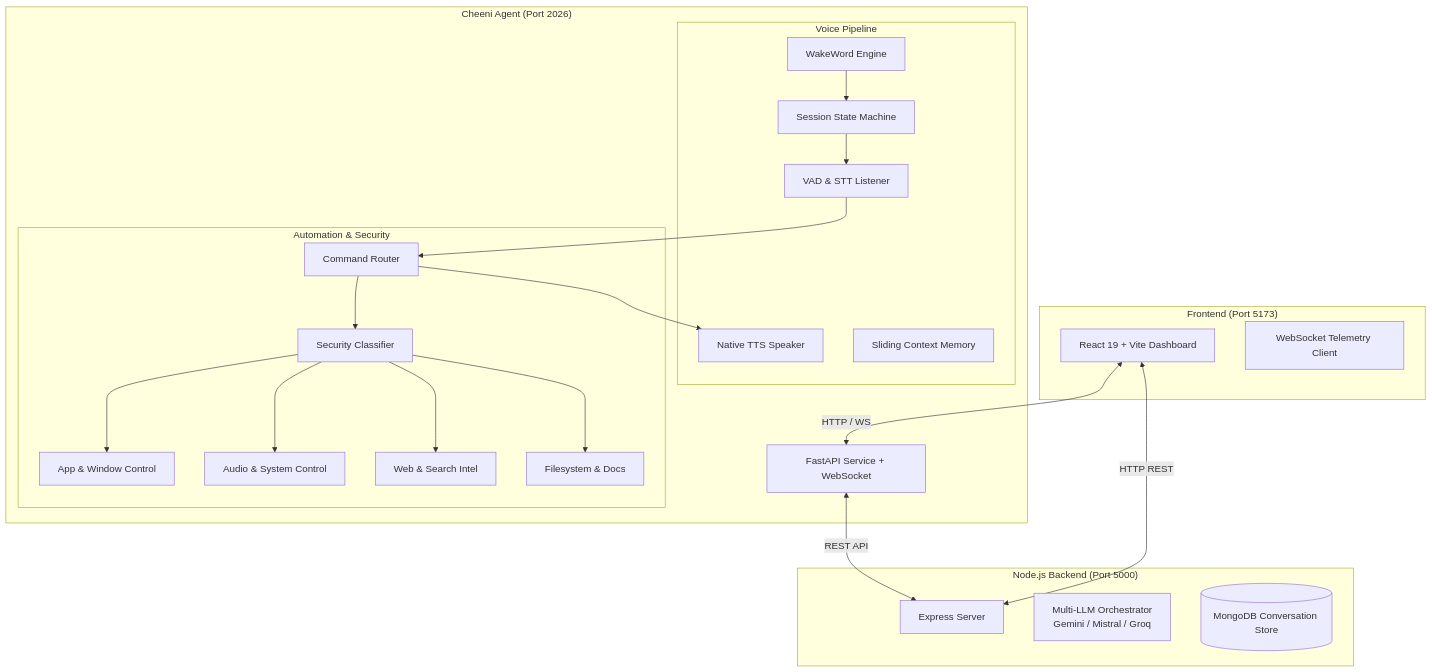
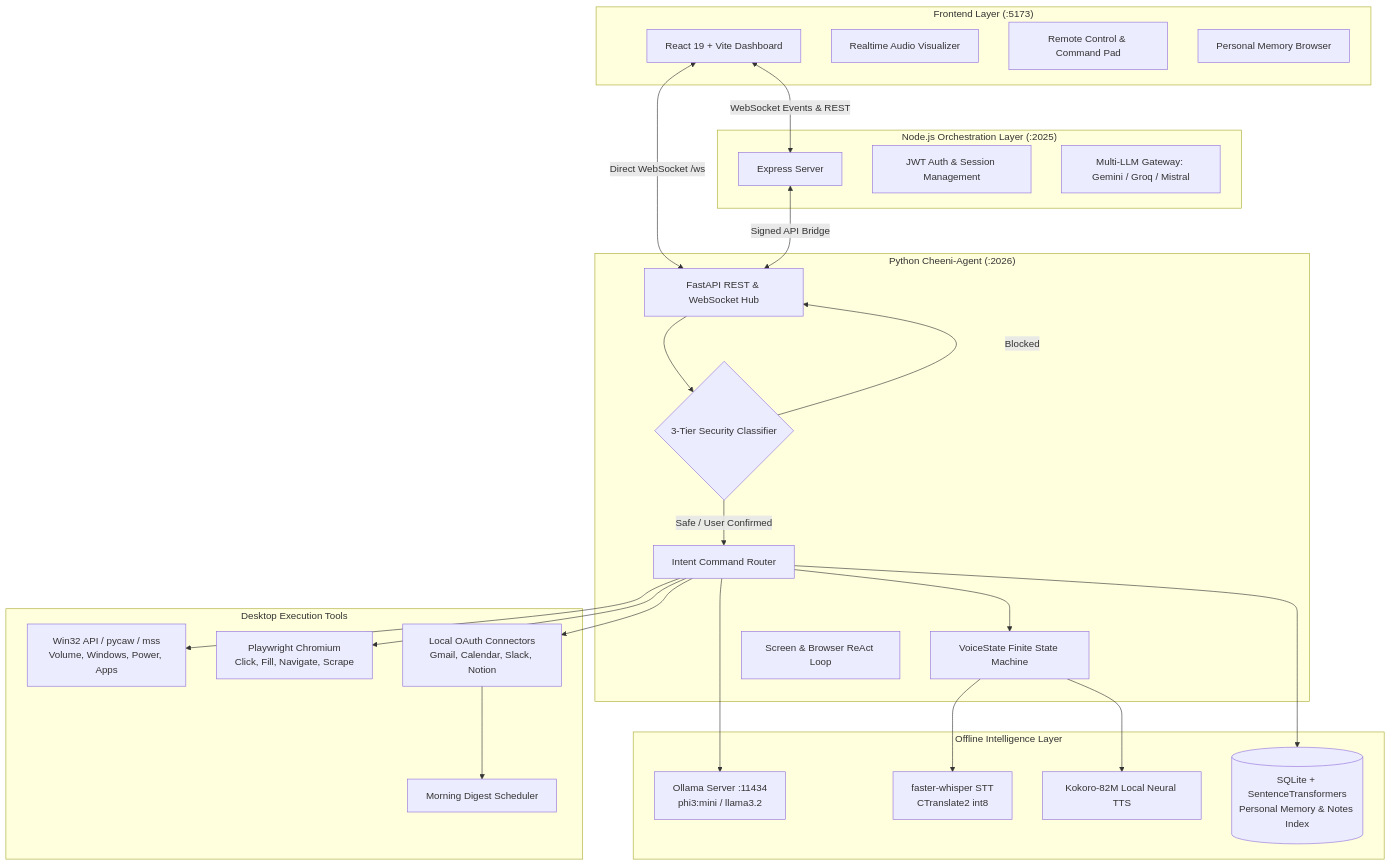
Before and after one commit to wraith-klu/Cheeni: the first of 3 diagrams in README.md, drawn with Mermaid. The commit also changed other lines of this file and 154 other files, not shown here.

Commit message:
feat: complete 20-phase JARVIS-lite architecture, OpenJarvis parity, offline LLM & tests

````diff
--- a/README.md
+++ b/README.md
@@ -68,47 +40,56 @@
 ```mermaid
 graph TB
-    subgraph Frontend ["Frontend (Port 5173)"]
+    subgraph Client_UI ["Frontend Layer (:5173)"]
         UI[React 19 + Vite Dashboard]
-        WS_Client[WebSocket Telemetry Client]
+        VoiceVisualizer[Realtime Audio Visualizer]
+        RemotePad[Remote Control & Command Pad]
+        MemoryViewer[Personal Memory Browser]
     end
 
-    subgraph NodeBackend ["Node.js Backend (Port 5000)"]
-        Server[Express Server]
-        AI_Orchestrator[Multi-LLM Orchestrator<br/>Gemini / Mistral / Groq]
-        DB[(MongoDB Conversation Store)]
+    subgraph Node_Bridge ["Node.js Orchestration Layer (:2025)"]
+        ExpressServer[Express Server]
+        UserAuth[JWT Auth & Session Management]
+        CloudOrchestrator[Multi-LLM Gateway: Gemini / Groq / Mistral]
     end
 
-    subgraph PythonAgent ["Cheeni Agent (Port 2026)"]
-        FastAPI[FastAPI Service + WebSocket]
-        
-        subgraph VoiceSubsystem ["Voice Pipeline"]
-            Wake[WakeWord Engine]
-            Listener[VAD & STT Listener]
-            Speaker[Native TTS Speaker]
-            Session[Session State Machine]
-            Memory[Sliding Context Memory]
-        end
-
-        subgraph ToolSubsystem ["Automation & Security"]
-            Router[Command Router]
-            Security[Security Classifier]
-            AppControl[App & Window Control]
-            VolControl[Audio & System Control]
-            WebIntel[Web & Search Intel]
-            FileControl[Filesystem & Docs]
-        end
+    subgraph Agent_Sidecar ["Python Cheeni-Agent (:2026)"]
+        FastAPIServer[FastAPI REST & WebSocket Hub]
+        SecurityGate{3-Tier Security Classifier}
+        CentralRouter[Intent Command Router]
+        VoiceFSM[VoiceState Finite State Machine]
+        ReActEngine[Screen & Browser ReAct Loop]
     end
 
-    UI <-->|HTTP / WS| FastAPI
-    UI <-->|HTTP REST| Server
-    FastAPI <-->|REST API| Server
-    Wake --> Session
-    Session --> Listener
-    Listener --> Router
-    Router --> Security
-    Security --> AppControl
-    Security --> VolControl
-    Security --> WebIntel
-    Security --> FileControl
-    Router --> Speaker
+    subgraph Local_Intelligence ["Offline Intelligence Layer"]
+        OllamaEngine[Ollama Server :11434<br/>phi3:mini / llama3.2]
+        WhisperSTT[faster-whisper STT<br/>CTranslate2 int8]
+        KokoroTTS[Kokoro-82M Local Neural TTS]
+        VectorDB[(SQLite + SentenceTransformers<br/>Personal Memory & Notes Index)]
+    end
+
+    subgraph Local_Tooling ["Desktop Execution Tools"]
+        WinAutomation[Win32 API / pycaw / mss<br/>Volume, Windows, Power, Apps]
+        BrowserAgent[Playwright Chromium<br/>Click, Fill, Navigate, Scrape]
+        Connectors[Local OAuth Connectors<br/>Gmail, Calendar, Slack, Notion]
+        DigestScheduler[Morning Digest Scheduler]
+    end
+
+    UI <-->|WebSocket Events & REST| ExpressServer
+    UI <-->|Direct WebSocket /ws| FastAPIServer
+    ExpressServer <-->|Signed API Bridge| FastAPIServer
+
+    FastAPIServer --> SecurityGate
+    SecurityGate -->|Safe / User Confirmed| CentralRouter
+    SecurityGate -->|Blocked| FastAPIServer
+
+    CentralRouter --> VoiceFSM
+    VoiceFSM --> WhisperSTT
+    VoiceFSM --> KokoroTTS
+
+    CentralRouter --> OllamaEngine
+    CentralRouter --> VectorDB
+    CentralRouter --> WinAutomation
+    CentralRouter --> BrowserAgent
+    CentralRouter --> Connectors
+    Connectors --> DigestScheduler
 ```
````
